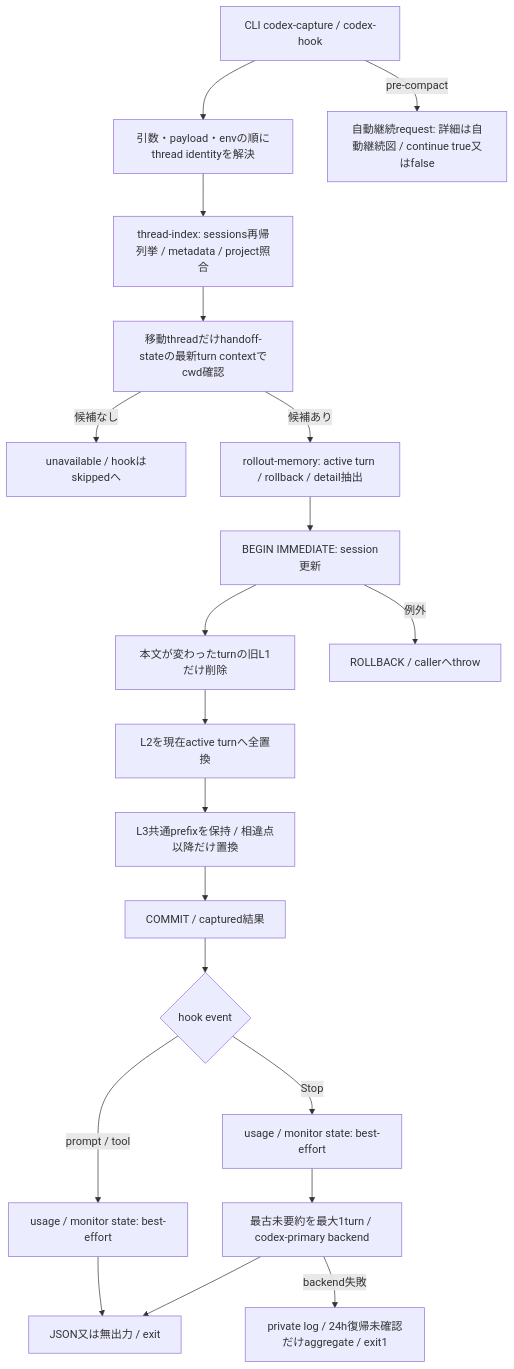
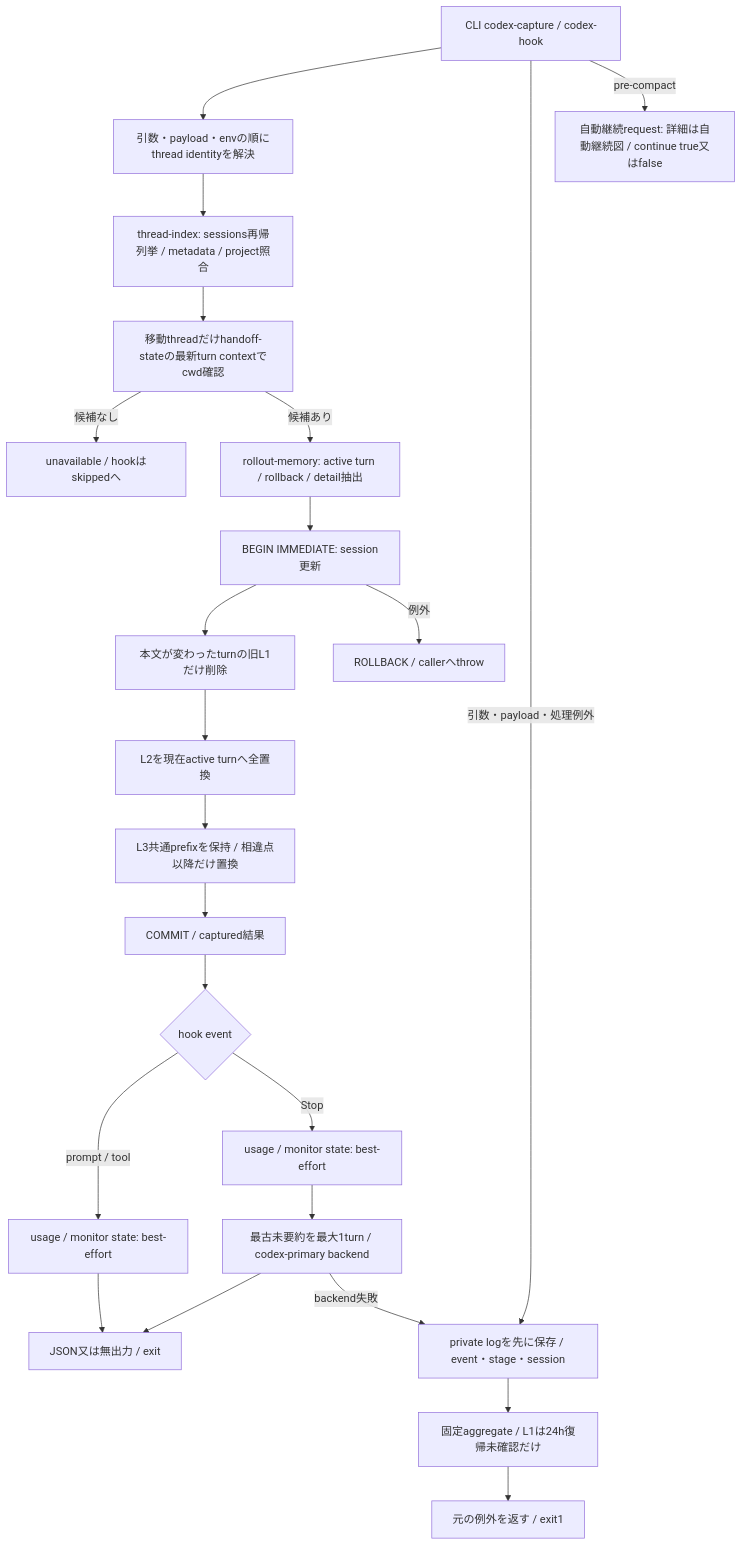
The fourth of 4 diagrams in docs/architecture/current-entrypoints.md (kitepon/Throughline), drawn with Mermaid before and after one commit. The commit also changed other lines of this file and 10 other files, not shown here.

````diff
--- a/docs/architecture/current-entrypoints.md
+++ b/docs/architecture/current-entrypoints.md
@@ -128,22 +128,25 @@
 ```mermaid
 flowchart TD
   CLI[CLI codex-capture / codex-hook] --> Identity[引数・payload・envの順にthread identityを解決]
   Identity --> Find[thread-index: sessions再帰列挙 / metadata / project照合]
   Find --> Relocated[移動threadだけhandoff-stateの最新turn contextでcwd確認]
   Relocated -->|候補なし| Unavailable[unavailable / hookはskippedへ]
   Relocated -->|候補あり| Parse[rollout-memory: active turn / rollback / detail抽出]
   Parse --> Tx[BEGIN IMMEDIATE: session更新]
   Tx --> Summaries[本文が変わったturnの旧L1だけ削除]
   Summaries --> Bodies[L2を現在active turnへ全置換]
   Bodies --> Details[L3共通prefixを保持 / 相違点以降だけ置換]
   Details --> Commit[COMMIT / captured結果]
   Tx -->|例外| Rollback[ROLLBACK / callerへthrow]
   Commit --> Hook{hook event}
   Hook -->|prompt / tool| State[usage / monitor state: best-effort]
   Hook -->|Stop| StopState[usage / monitor state: best-effort]
   StopState --> L1[最古未要約を最大1turn / codex-primary backend]
   L1 --> Result[JSON又は無出力 / exit]
   State --> Result
-  L1 -->|backend失敗| Error[private log / 24h復帰未確認だけaggregate / exit1]
+  L1 -->|backend失敗| Error[private logを先に保存 / event・stage・session]
+  CLI -->|引数・payload・処理例外| Error
+  Error --> Observe[固定aggregate / L1は24h復帰未確認だけ]
+  Observe --> FailExit[元の例外を返す / exit1]
   CLI -->|pre-compact| Auto[自動継続request: 詳細は自動継続図 / continue true又はfalse]
 ```
````
